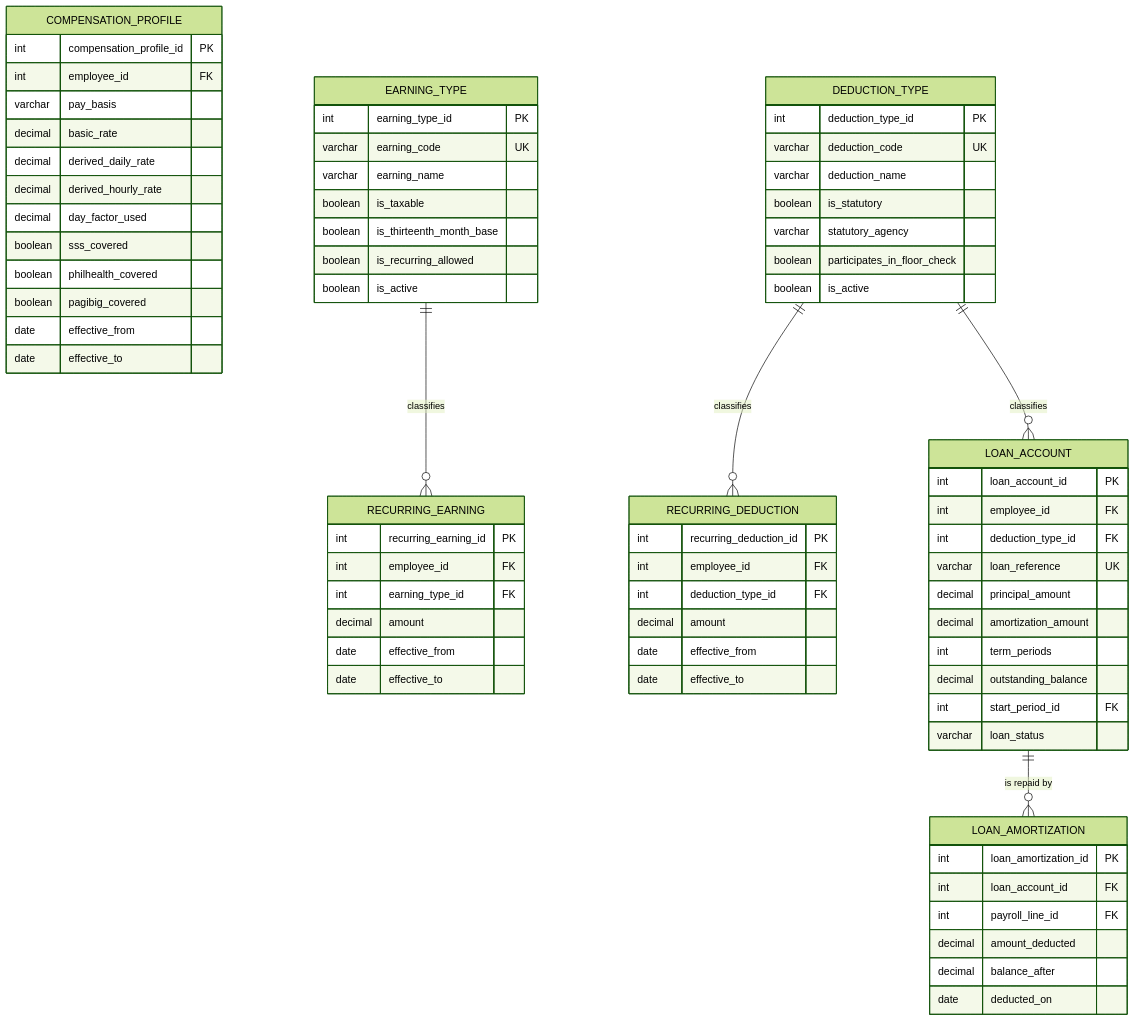
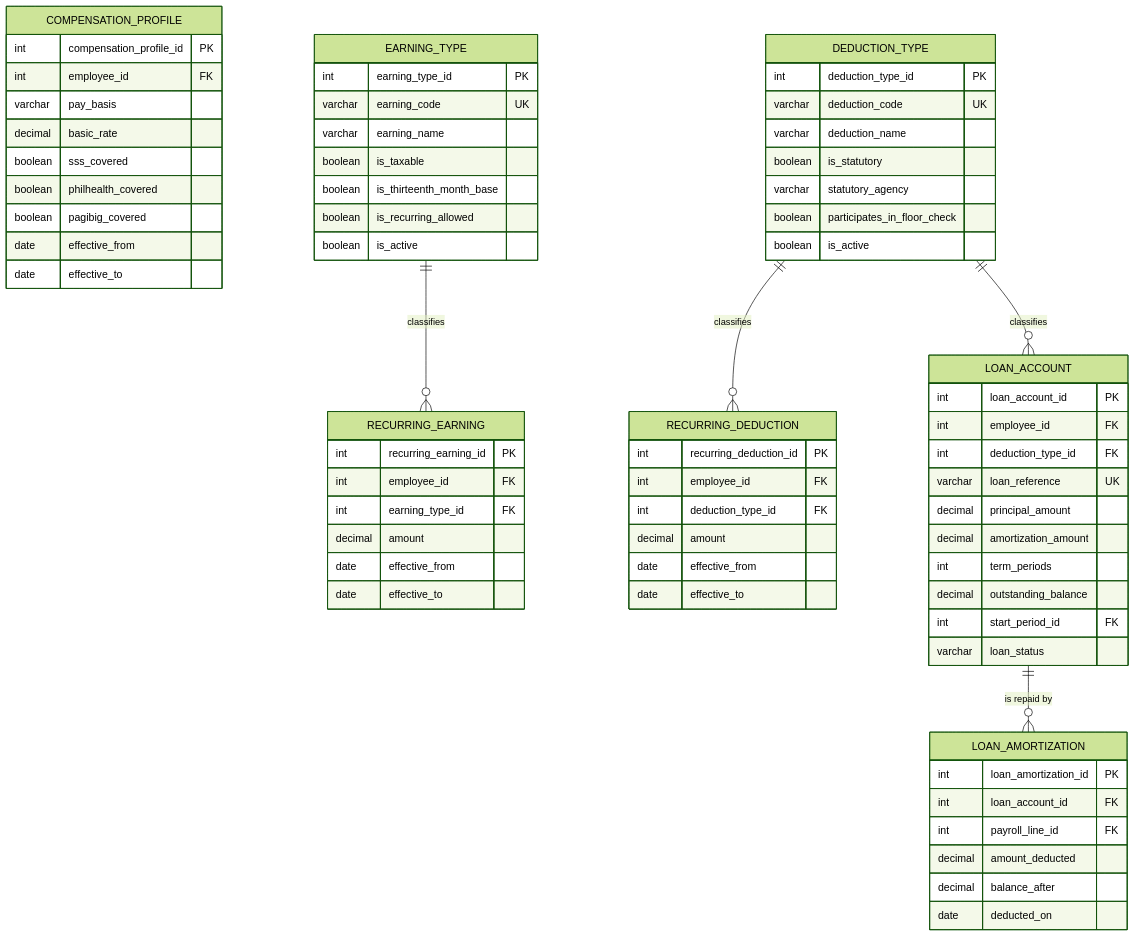
The fourth of 8 diagrams in docs/data-model.md (rjfat/municipal-payroll-system), drawn with Mermaid (forest theme) before and after one commit. The commit also changed other lines of this file and 9 other files, not shown here.

````diff
--- a/docs/data-model.md
+++ b/docs/data-model.md
@@ -298,76 +318,73 @@
 ```mermaid
 erDiagram
     COMPENSATION_PROFILE {
         int compensation_profile_id PK
         int employee_id FK
         varchar pay_basis
         decimal basic_rate
-        decimal derived_daily_rate
-        decimal derived_hourly_rate
-        decimal day_factor_used
         boolean sss_covered
         boolean philhealth_covered
         boolean pagibig_covered
         date effective_from
         date effective_to
     }
     EARNING_TYPE {
         int earning_type_id PK
         varchar earning_code UK
         varchar earning_name
         boolean is_taxable
         boolean is_thirteenth_month_base
         boolean is_recurring_allowed
         boolean is_active
     }
     DEDUCTION_TYPE {
         int deduction_type_id PK
         varchar deduction_code UK
         varchar deduction_name
         boolean is_statutory
         varchar statutory_agency
         boolean participates_in_floor_check
         boolean is_active
     }
     RECURRING_EARNING {
         int recurring_earning_id PK
         int employee_id FK
         int earning_type_id FK
         decimal amount
         date effective_from
         date effective_to
     }
     RECURRING_DEDUCTION {
         int recurring_deduction_id PK
         int employee_id FK
         int deduction_type_id FK
         decimal amount
         date effective_from
         date effective_to
     }
     LOAN_ACCOUNT {
         int loan_account_id PK
         int employee_id FK
         int deduction_type_id FK
         varchar loan_reference UK
         decimal principal_amount
         decimal amortization_amount
         int term_periods
         decimal outstanding_balance
         int start_period_id FK
         varchar loan_status
     }
     LOAN_AMORTIZATION {
         int loan_amortization_id PK
         int loan_account_id FK
         int payroll_line_id FK
         decimal amount_deducted
         decimal balance_after
         date deducted_on
     }
 
     EARNING_TYPE ||--o{ RECURRING_EARNING : "classifies"
     DEDUCTION_TYPE ||--o{ RECURRING_DEDUCTION : "classifies"
     DEDUCTION_TYPE ||--o{ LOAN_ACCOUNT : "classifies"
     LOAN_ACCOUNT ||--o{ LOAN_AMORTIZATION : "is repaid by"
 ```
````
